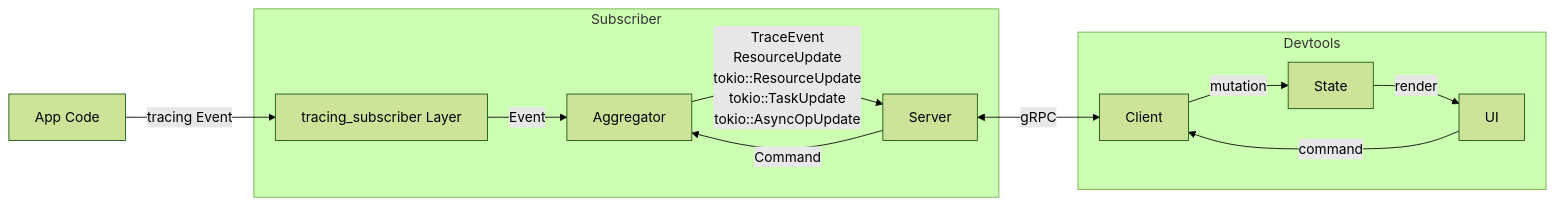
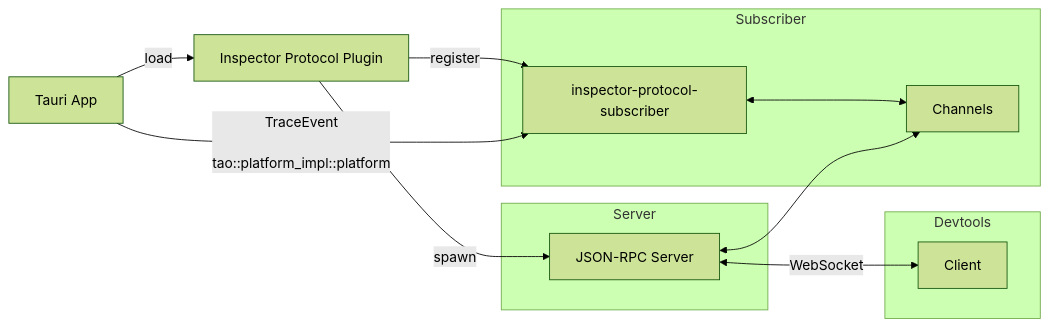
Before and after one commit to crabnebula-dev/devtools: the diagram in ARCHITECTURE.md, drawn with Mermaid (forest theme). The commit also changed other lines of this file and 113 other files, not shown here.

Commit message:
feat: Introduce Tauri plugin with WebSocket support (#15)

````diff
--- a/ARCHITECTURE.md
+++ b/ARCHITECTURE.md
@@ -29,32 +51,26 @@
 ```mermaid
 flowchart LR
-    A[App Code]
+    A[Tauri App]
+    Pl[Inspector Protocol Plugin]
     subgraph Subscriber
-    L[tracing_subscriber Layer]
-    Ag[Aggregator]
-    S[Server]
+    L[inspector-protocol-subscriber]
+    Ag[Channels]
+    end
+    subgraph Server
+    S[JSON-RPC Server]
     end
     subgraph Devtools
     C[Client]
-    P[State]
-    U[UI]
     end
 
-
-    A -->|tracing Event| L
-    L -->|Event| Ag
-    S -->|Command| Ag
-    Ag
-    Ag -->|"
+    A -->|load| Pl
+    Pl -->|register| L
+    L <--> Ag
+    Pl -->|spawn| S
+    A -->|"
         TraceEvent
-        ResourceUpdate
-        tokio::ResourceUpdate
-        tokio::TaskUpdate
-        tokio::AsyncOpUpdate
-    "| S
-    S <-->|gRPC| C
-
-    C -->|mutation| P
-    P -->|render| U
-    U -->|command| C
+        tao::platform_impl::platform
+    "| L
+    S <--> Ag
+    S <-->|WebSocket| C
 ```
````
